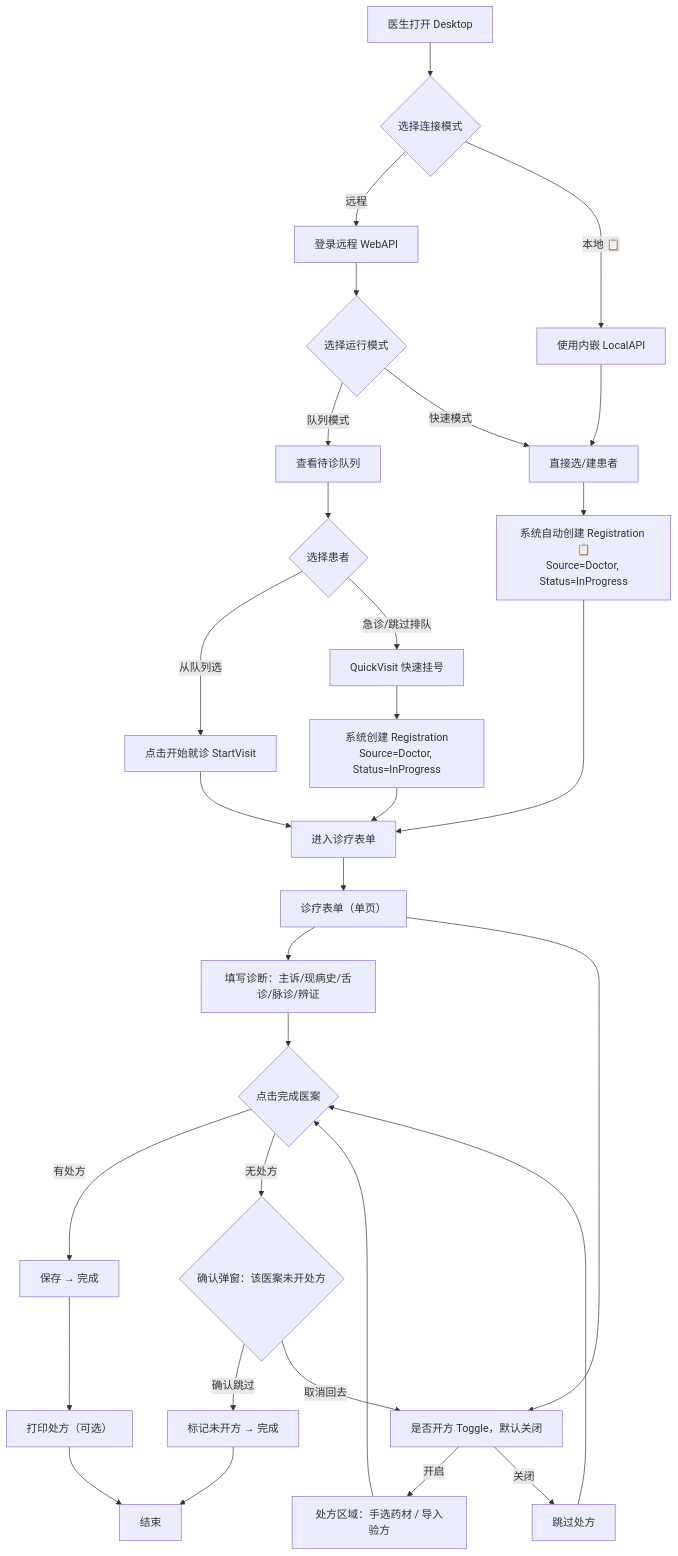
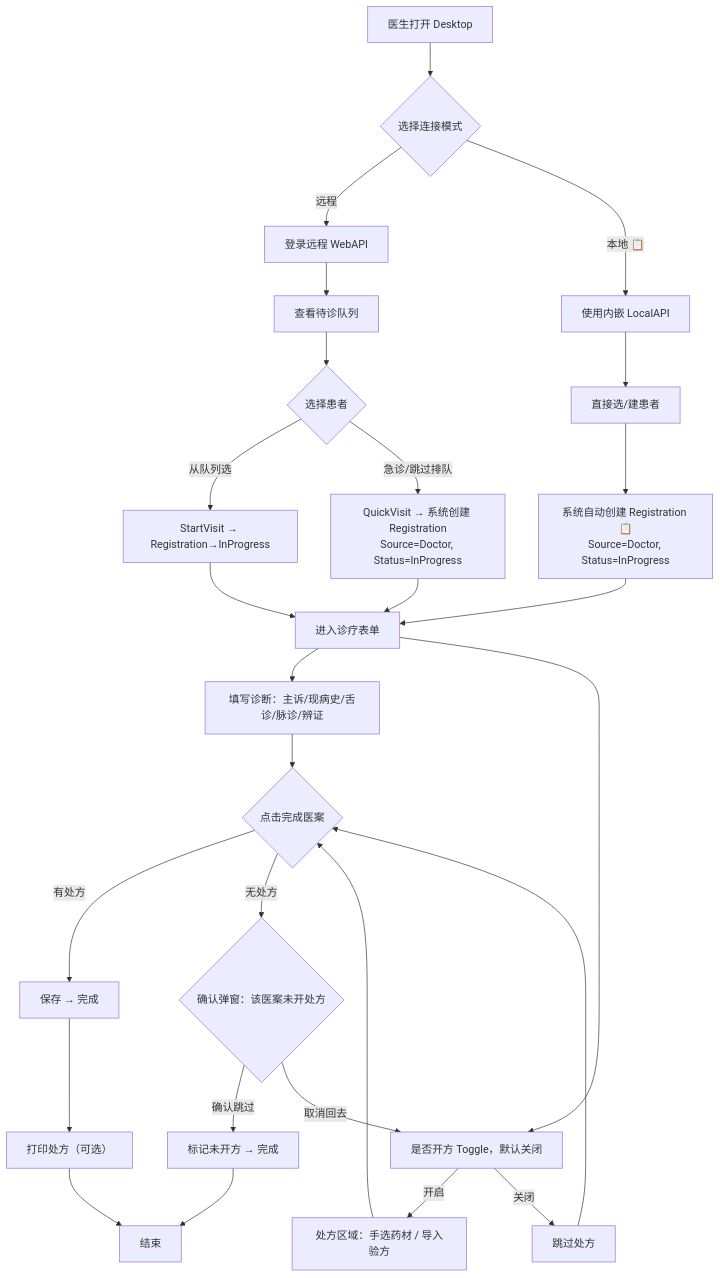
Before and after one commit to shouqitao/LYBTZYZS: the eighth of 11 diagrams in docs/01-product/02-personas.md, drawn with Mermaid. The commit also changed other lines of this file, not shown here.

Commit message:
docs(personas): rewrite Doctor flowchart — remove wrong run mode selection, QuickVisit as action within queue

````diff
--- a/docs/01-product/02-personas.md
+++ b/docs/01-product/02-personas.md
@@ -240,32 +239,29 @@
 ```mermaid
 flowchart TD
     A[医生打开 Desktop] --> B{选择连接模式}
     B -->|远程| C[登录远程 WebAPI]
     B -->|本地 📋| D[使用内嵌 LocalAPI]
-    C --> E{选择运行模式}
-    E -->|队列模式| F[查看待诊队列]
-    E -->|快速模式| G[直接选/建患者]
-    D --> G
-    F --> H{选择患者}
-    H -->|从队列选| I[点击开始就诊 StartVisit]
-    H -->|急诊/跳过排队| J[QuickVisit 快速挂号]
-    J --> J1[系统创建 Registration\nSource=Doctor, Status=InProgress]
+    C --> C1[查看待诊队列]
+    C1 --> H{选择患者}
+    H -->|从队列选| I[StartVisit → Registration→InProgress]
+    H -->|急诊/跳过排队| J[QuickVisit → 系统创建 Registration\nSource=Doctor, Status=InProgress]
+    D --> G[直接选/建患者]
     G --> G1[系统自动创建 Registration 📋\nSource=Doctor, Status=InProgress]
-    G1 --> K[进入诊疗表单]
-    J1 --> K
-    I --> K
-    K --> L[诊疗表单（单页）]
-    L --> L1[填写诊断：主诉/现病史/舌诊/脉诊/辨证]
-    L --> L2[是否开方 Toggle，默认关闭]
+    I --> K[进入诊疗表单]
+    J --> K
+    G1 --> K
+
+    K --> L1[填写诊断：主诉/现病史/舌诊/脉诊/辨证]
+    K --> L2[是否开方 Toggle，默认关闭]
     L2 -->|开启| L3[处方区域：手选药材 / 导入验方]
     L2 -->|关闭| L4[跳过处方]
 
     L1 & L3 & L4 --> M{点击完成医案}
     M -->|有处方| N[保存 → 完成]
     M -->|无处方| O{确认弹窗：该医案未开处方}
     O -->|确认跳过| P[标记未开方 → 完成]
     O -->|取消回去| L2
     N --> Q[打印处方（可选）]
     P --> R[结束]
     Q --> R
 ```
````
